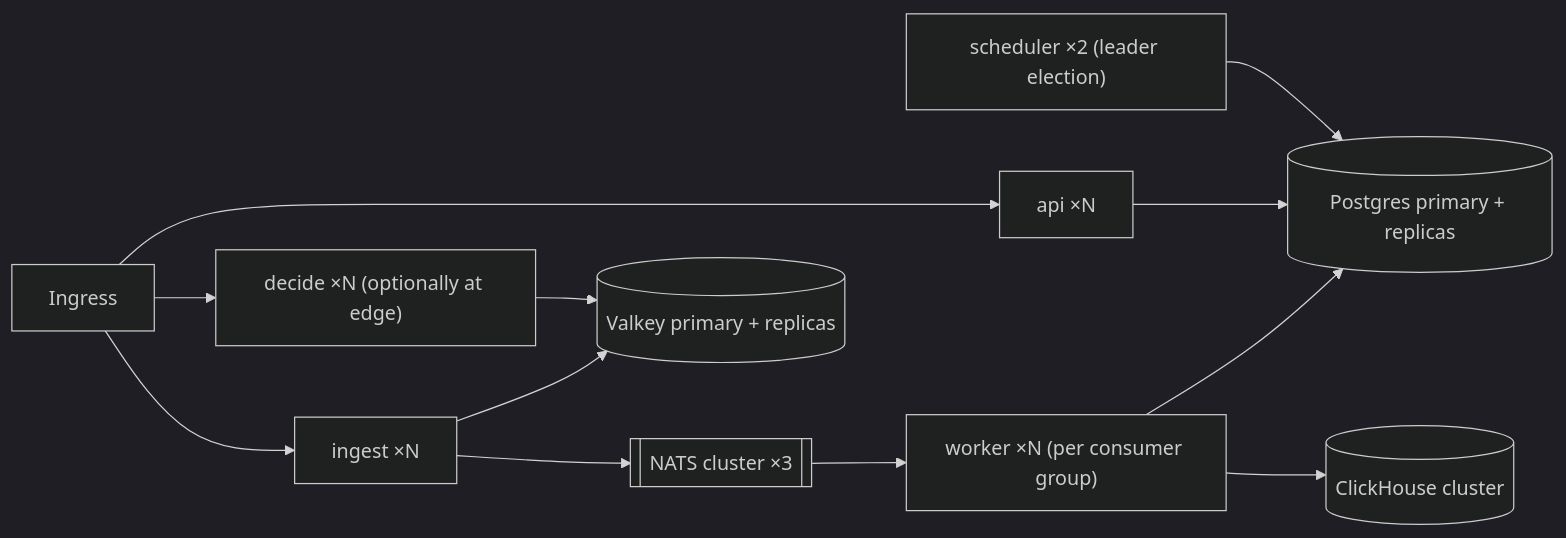
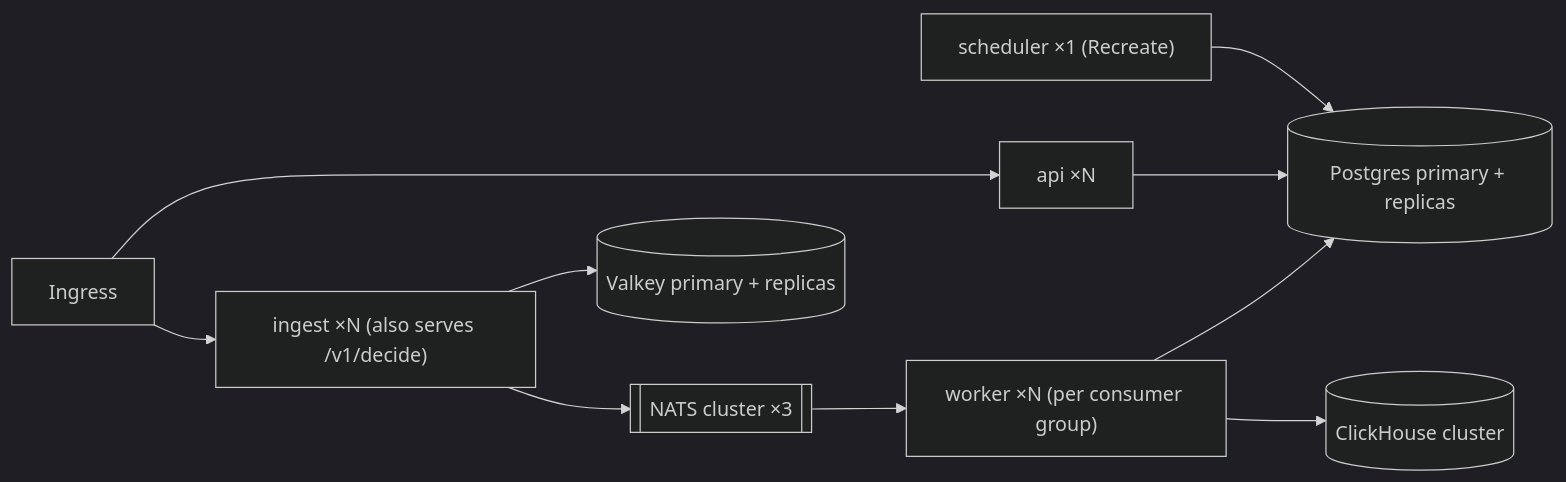
One commit to TimChr78/Agentic-Marketing changed the second of 2 diagrams in docs/architecture/deployment-and-scaling.md. Above: the diagram before and after it, drawn with Mermaid (dark theme). The commit also changed other lines of this file and 13 other files, not shown here.

````diff
--- a/docs/architecture/deployment-and-scaling.md
+++ b/docs/architecture/deployment-and-scaling.md
@@ -27,14 +27,12 @@
 ```mermaid
 flowchart LR
   lb[Ingress] --> api["api ×N"]
-  lb --> ingest["ingest ×N"]
-  lb --> decide["decide ×N (optionally at edge)"]
+  lb --> ingest["ingest ×N (also serves /v1/decide)"]
   ingest --> nats[[NATS cluster ×3]]
   nats --> worker["worker ×N (per consumer group)"]
-  scheduler["scheduler ×2 (leader election)"] --> pg
+  scheduler["scheduler ×1 (Recreate)"] --> pg
   api --> pg[(Postgres primary + replicas)]
   worker --> pg
   worker --> ch[(ClickHouse cluster)]
-  decide --> vk[(Valkey primary + replicas)]
-  ingest --> vk
+  ingest --> vk[(Valkey primary + replicas)]
 ```
````
